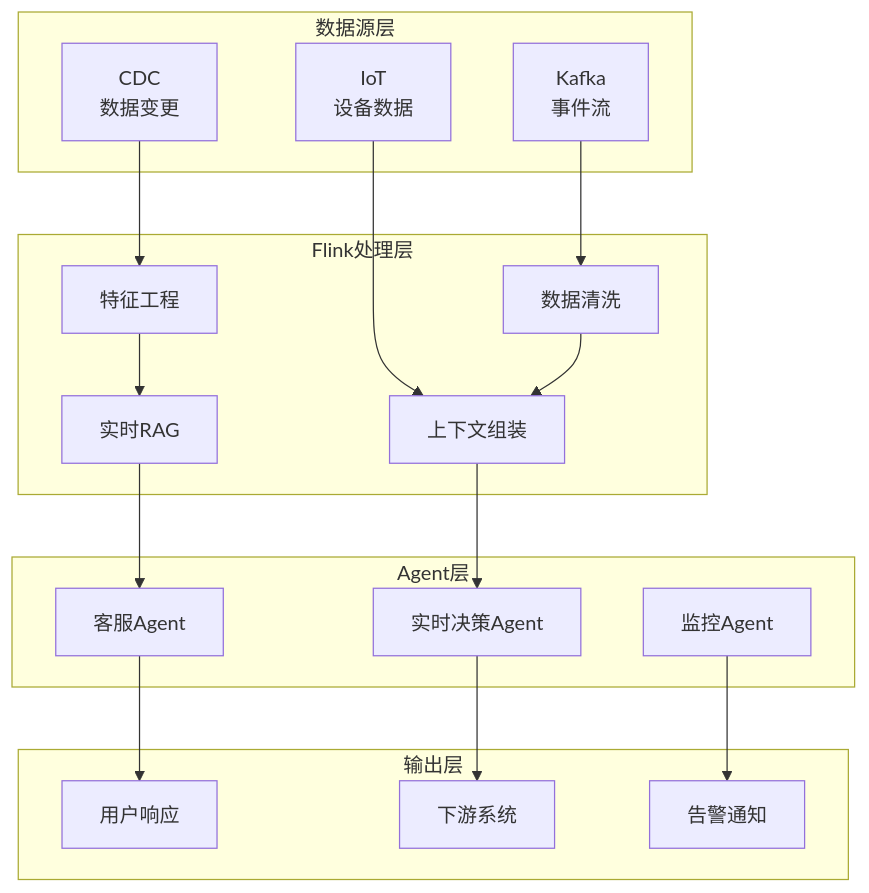
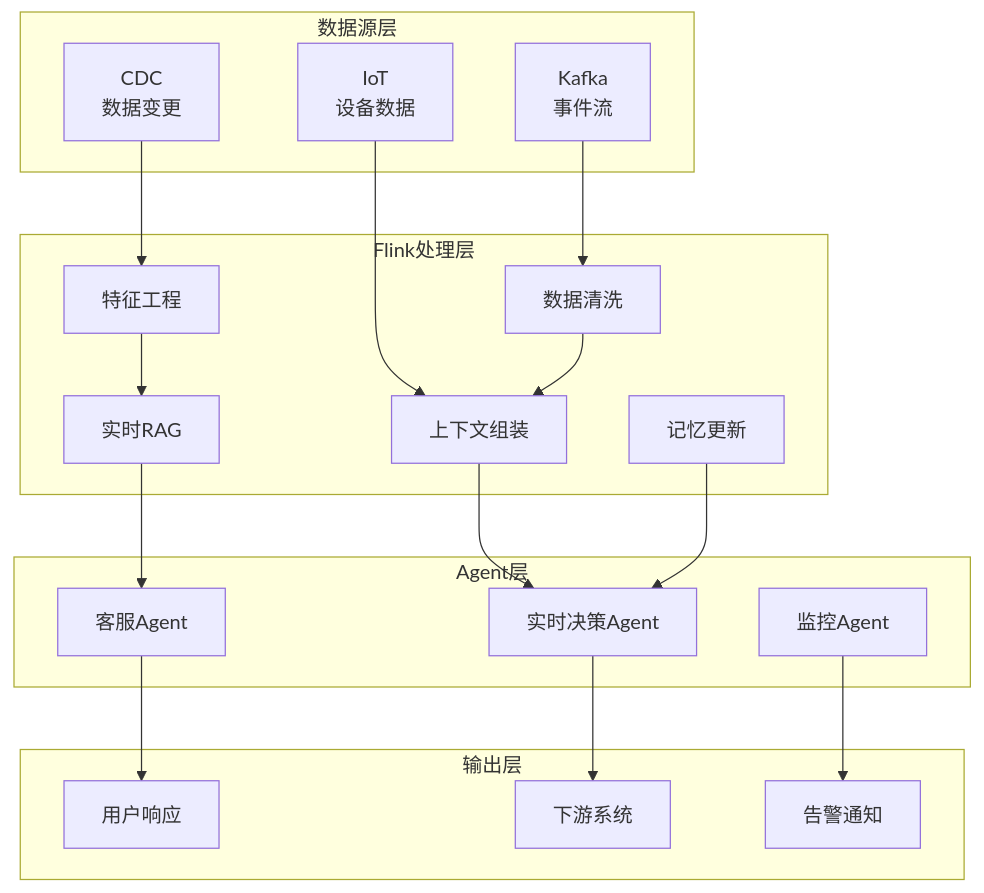
Before and after one commit to AdaMartin18010/AnalysisDataFlow: the tenth of 18 diagrams in Knowledge/06-frontier/ai-agent-streaming-architecture.md, drawn with Mermaid. The commit also changed other lines of this file and 202 other files, not shown here.

````diff
--- a/Knowledge/06-frontier/ai-agent-streaming-architecture.md
+++ b/Knowledge/06-frontier/ai-agent-streaming-architecture.md
@@ -624,40 +960,42 @@
 ```mermaid
 graph TB
     subgraph "数据源层"
         S1[Kafka<br/>事件流]
         S2[CDC<br/>数据变更]
         S3[IoT<br/>设备数据]
     end
 
     subgraph "Flink处理层"
         F1[数据清洗]
         F2[特征工程]
         F3[上下文组装]
         F4[实时RAG]
+        F5[记忆更新]
     end
 
     subgraph "Agent层"
         A1[实时决策Agent]
         A2[客服Agent]
         A3[监控Agent]
     end
 
     subgraph "输出层"
         O1[用户响应]
         O2[下游系统]
         O3[告警通知]
     end
 
     S1 --> F1
     S2 --> F2
     S3 --> F3
 
     F1 --> F3
     F2 --> F4
     F3 --> A1
     F4 --> A2
+    F5 --> A1
 
     A1 --> O2
     A2 --> O1
     A3 --> O3
 ```
````
